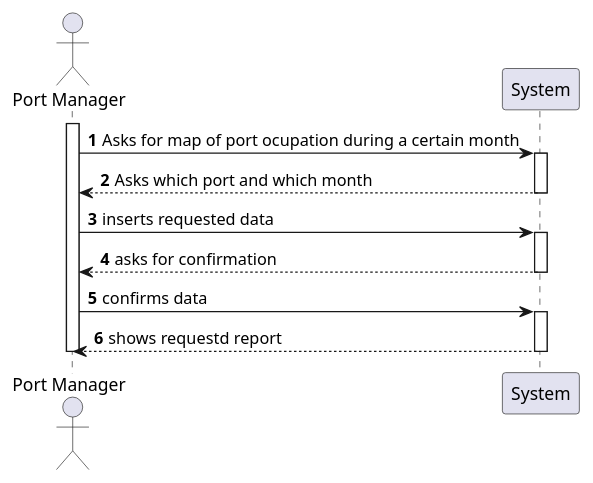
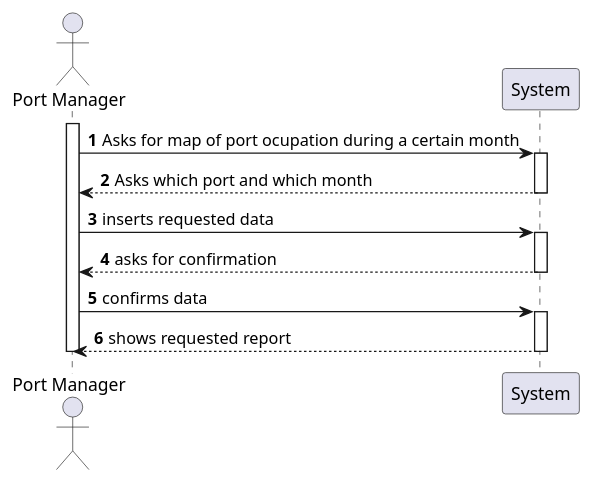
The diagram in docs/Sprint3/US310/SSD.puml (mpoboas/lapr3-2021-g102), drawn with PlantUML before and after one commit. The commit also changed 4 other files, not shown here.

```diff
--- a/docs/Sprint3/US310/SSD.puml
+++ b/docs/Sprint3/US310/SSD.puml
@@ -1,21 +1,21 @@
 @startuml
 actor "Port Manager" as pm
 participant System as sys
 autonumber
 activate pm
 pm -> sys : Asks for map of port ocupation during a certain month
 activate sys
 sys --> pm : Asks which port and which month
 deactivate sys
 pm -> sys : inserts requested data
 activate sys
 sys --> pm : asks for confirmation
 deactivate sys
 pm -> sys : confirms data
 activate sys
-sys --> pm : shows requestd report
+sys --> pm : shows requested report
 deactivate sys
 deactivate pm
 
 
 @enduml
```
